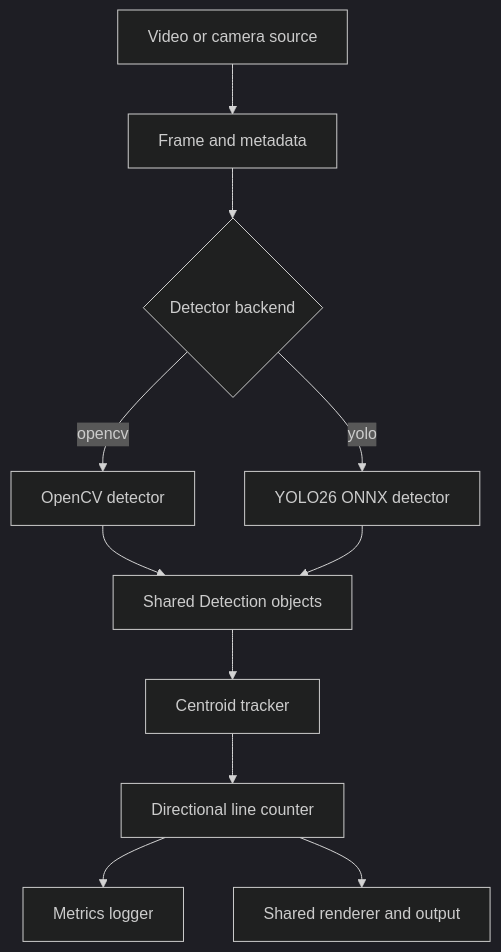
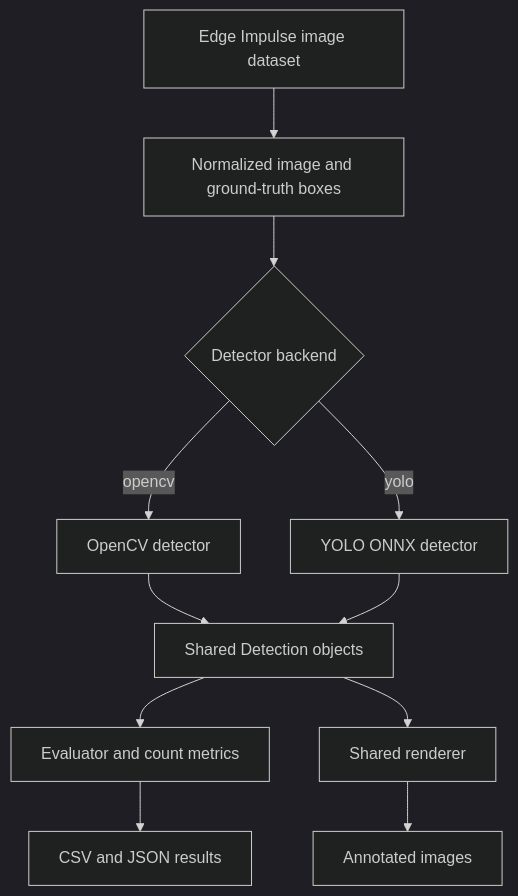
Before and after one commit to SirSerow/cnn-vs-rulebasd: the diagram in PROJECT_PLAN.md, drawn with Mermaid (dark theme). The commit also changed other lines of this file and 6 other files, not shown here.

````diff
--- a/PROJECT_PLAN.md
+++ b/PROJECT_PLAN.md
@@ -70,13 +100,13 @@
 ```mermaid
 flowchart TD
-    A[Video or camera source] --> B[Frame and metadata]
+    A[Edge Impulse image dataset] --> B[Normalized image and ground-truth boxes]
     B --> C{Detector backend}
     C -->|opencv| D[OpenCV detector]
-    C -->|yolo| E[YOLO26 ONNX detector]
+    C -->|yolo| E[YOLO ONNX detector]
     D --> F[Shared Detection objects]
     E --> F
-    F --> G[Centroid tracker]
-    G --> H[Directional line counter]
-    H --> I[Metrics logger]
-    H --> J[Shared renderer and output]
+    F --> G[Evaluator and count metrics]
+    F --> H[Shared renderer]
+    G --> I[CSV and JSON results]
+    H --> J[Annotated images]
 ```
````
